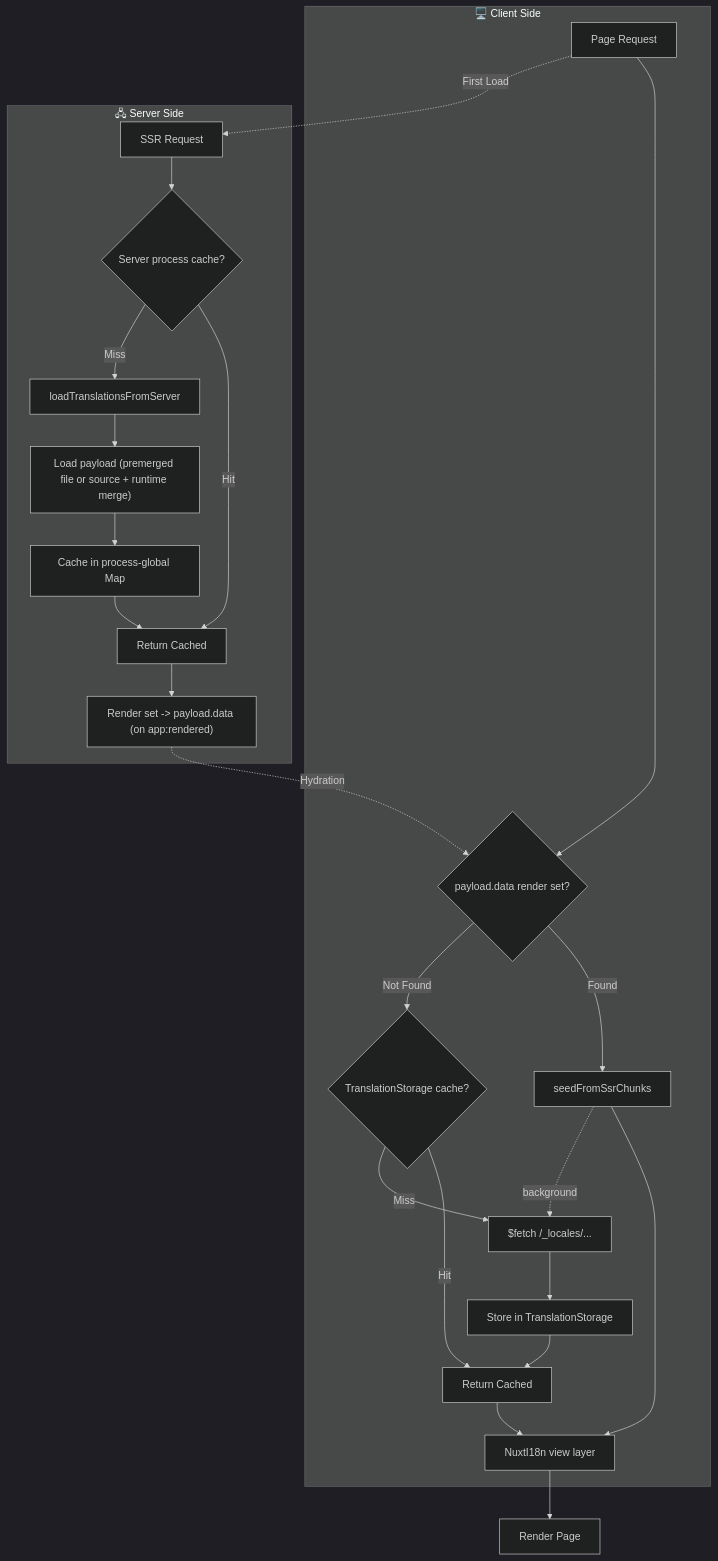
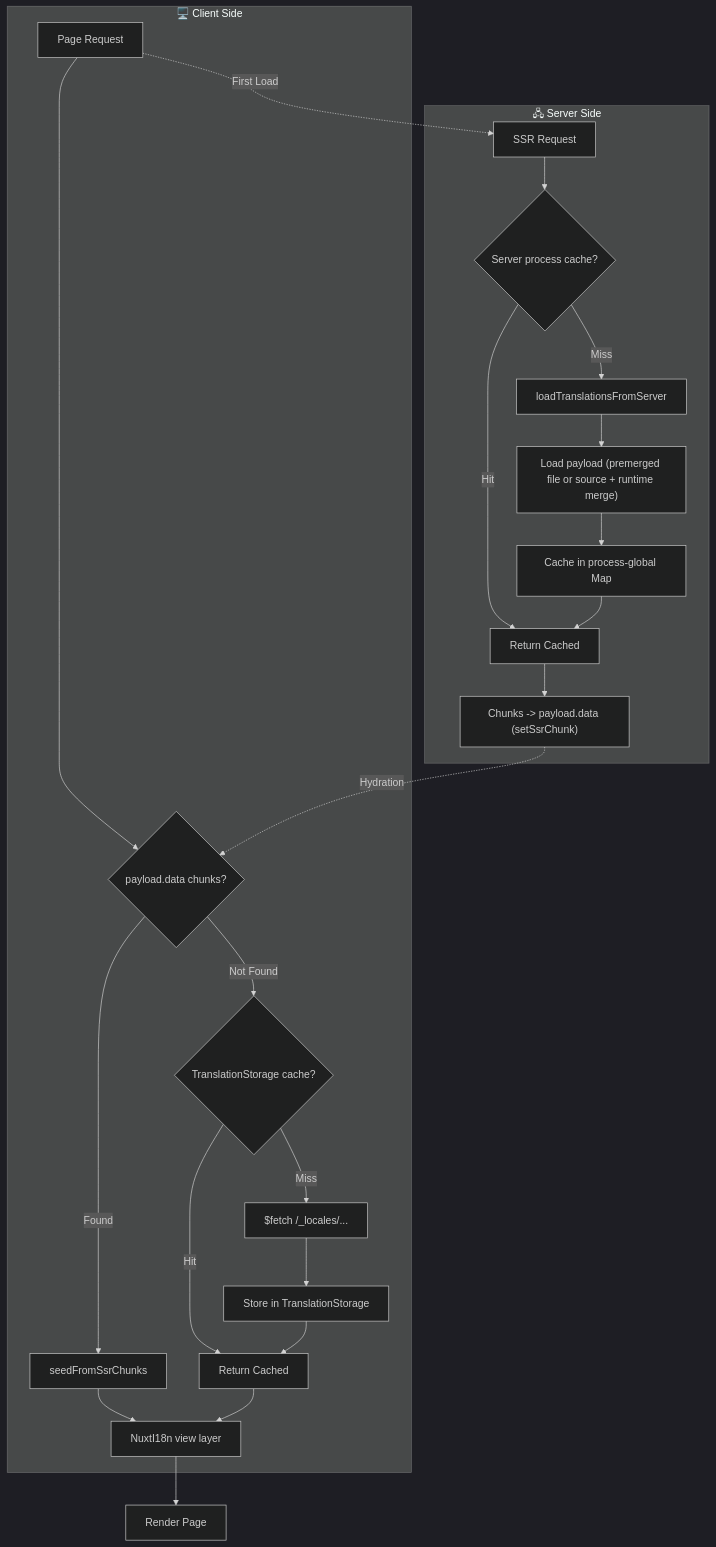
Before and after one commit to s00d/nuxt-i18n-micro: the second of 2 diagrams in docs/guide/getting-started.md, drawn with Mermaid (dark theme). The commit also changed other lines of this file and 18 other files, not shown here.

First line of the commit message:
fix: seed full SSR chunks and harden caching

````diff
--- a/docs/guide/getting-started.md
+++ b/docs/guide/getting-started.md
@@ -287,29 +287,28 @@
 ```mermaid
 flowchart TB
     subgraph Client["🖥️ Client Side"]
-        A[Page Request] --> B{payload.data render set?}
+        A[Page Request] --> B{payload.data chunks?}
         B -->|Found| C[seedFromSsrChunks]
         B -->|Not Found| D{TranslationStorage cache?}
         D -->|Hit| E[Return Cached]
         D -->|Miss| F["$fetch /_locales/..."]
         F --> G[Store in TranslationStorage]
         G --> E
         C --> H[NuxtI18n view layer]
-        C -.->|background| F
         E --> H
     end
 
     subgraph Server["🖧 Server Side"]
         I[SSR Request] --> J{Server process cache?}
         J -->|Hit| K[Return Cached]
         J -->|Miss| L[loadTranslationsFromServer]
         L --> M["Load payload (premerged file or source + runtime merge)"]
         M --> N[Cache in process-global Map]
         N --> K
-        K --> O["Render set -> payload.data (on app:rendered)"]
+        K --> O["Chunks -> payload.data (setSsrChunk)"]
     end
 
     A -.->|First Load| I
     O -.->|Hydration| B
     H --> P[Render Page]
 ```
````
